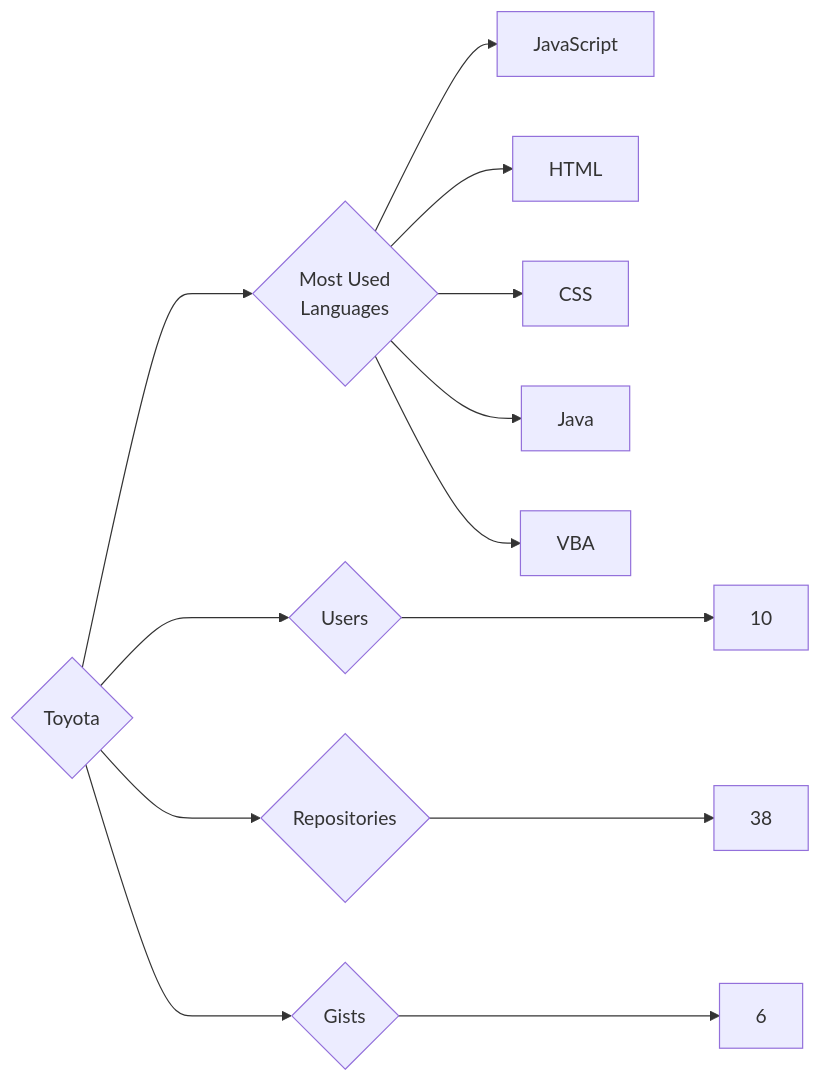
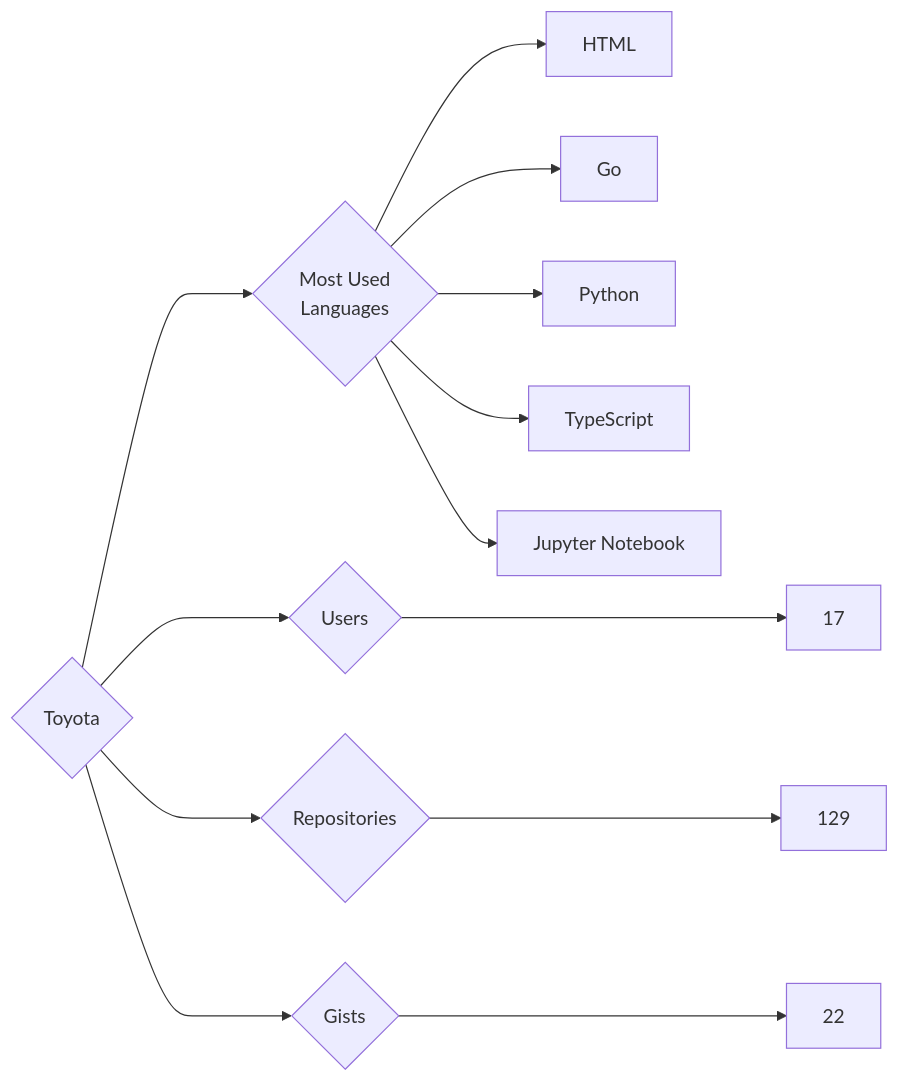
The diagram in targets/Toyota/README.md (trickest/insiders), drawn with Mermaid before and after one commit. The commit also changed 787 other files, not shown here.

````diff
--- a/targets/Toyota/README.md
+++ b/targets/Toyota/README.md
@@ -3,13 +3,13 @@
 ```mermaid
 graph LR
 COMPANY_NAME{Toyota}
-COMPANY_NAME ---> U{Users} ---> UN[10]
-COMPANY_NAME ---> R{Repositories} ---> RN[38]
-COMPANY_NAME ---> G{Gists} ---> GN[6]
+COMPANY_NAME ---> U{Users} ---> UN[17]
+COMPANY_NAME ---> R{Repositories} ---> RN[129]
+COMPANY_NAME ---> G{Gists} ---> GN[22]
 COMPANY_NAME ---> ML{Most Used<br>Languages}
-ML --> JavaScript[JavaScript]
 ML --> HTML[HTML]
-ML --> CSS[CSS]
-ML --> Java[Java]
-ML --> VBA[VBA]
+ML --> Go[Go]
+ML --> Python[Python]
+ML --> TypeScript[TypeScript]
+ML --> Jupyter_Notebook[Jupyter Notebook]
 ```
````
